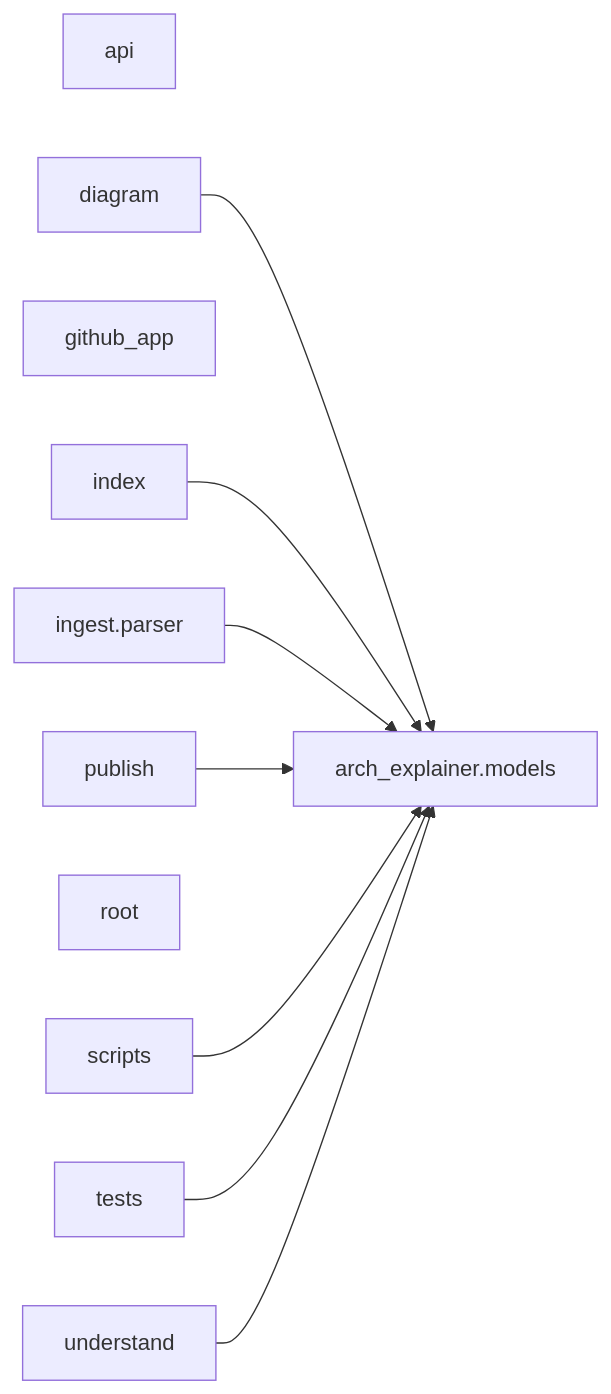
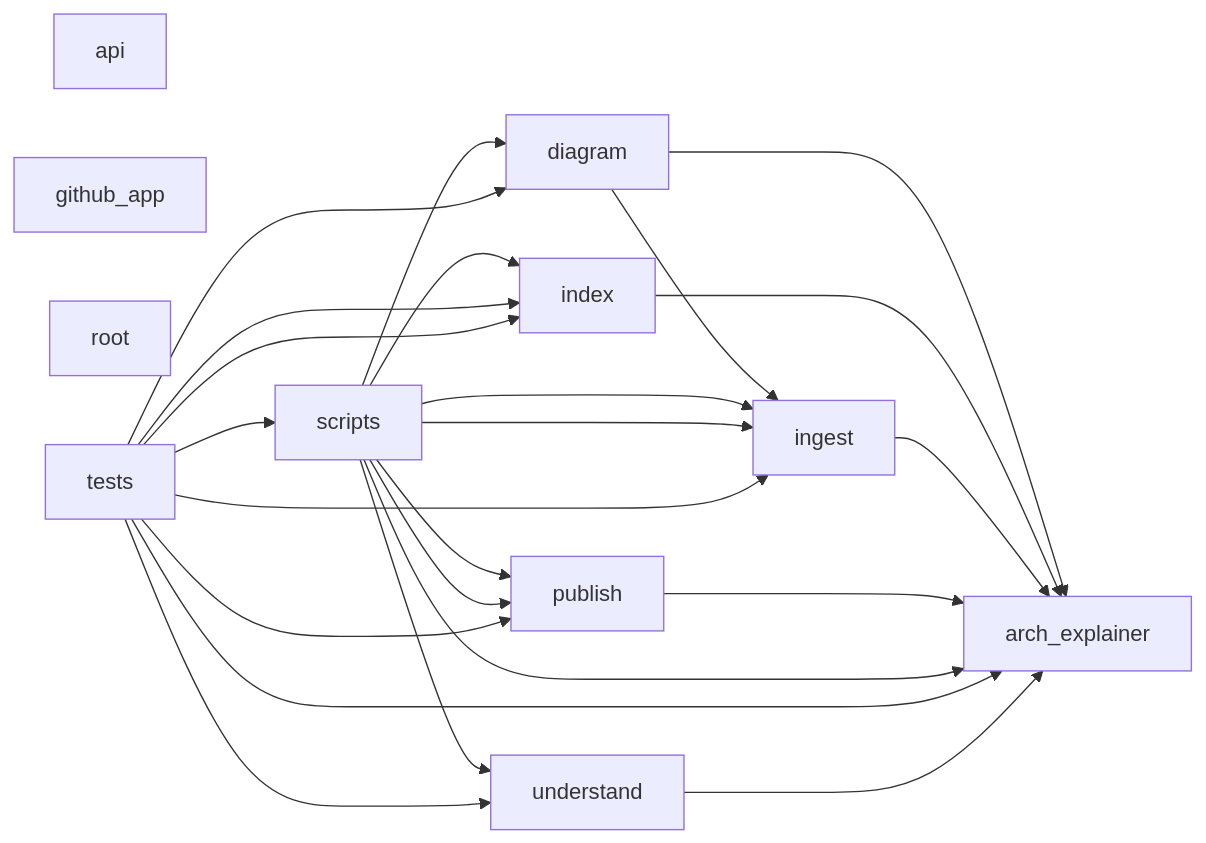
The diagram in backend/docs-output/diagrams/dependencies.md (mahi594/Arch-Explainer), drawn with Mermaid before and after one commit. The commit also changed 60 other files, not shown here.

Commit message:
run pipeline is done still some diagrams are coming not good but will thta layer

````diff
--- a/backend/docs-output/diagrams/dependencies.md
+++ b/backend/docs-output/diagrams/dependencies.md
@@ -5,21 +5,36 @@
 ```mermaid
 graph LR
   api["api"]
-  arch_explainer_models["arch_explainer.models"]
+  arch_explainer["arch_explainer"]
   diagram["diagram"]
   github_app["github_app"]
   index["index"]
-  ingest_parser["ingest.parser"]
+  ingest["ingest"]
   publish["publish"]
   root["root"]
   scripts["scripts"]
   tests["tests"]
   understand["understand"]
-  diagram --> arch_explainer_models
-  index --> arch_explainer_models
-  ingest_parser --> arch_explainer_models
-  publish --> arch_explainer_models
-  scripts --> arch_explainer_models
-  tests --> arch_explainer_models
-  understand --> arch_explainer_models
+  diagram --> arch_explainer
+  diagram --> ingest
+  index --> arch_explainer
+  ingest --> arch_explainer
+  publish --> arch_explainer
+  scripts --> diagram
+  scripts --> ingest
+  scripts --> ingest
+  scripts --> arch_explainer
+  scripts --> publish
+  scripts --> publish
+  scripts --> understand
+  scripts --> index
+  tests --> diagram
+  tests --> arch_explainer
+  tests --> index
+  tests --> ingest
+  tests --> scripts
+  tests --> index
+  tests --> understand
+  tests --> publish
+  understand --> arch_explainer
 ```
````
